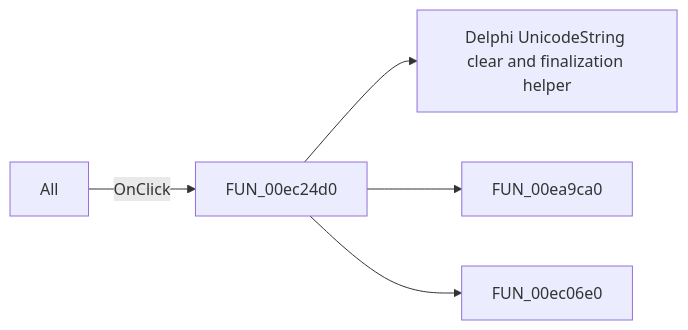
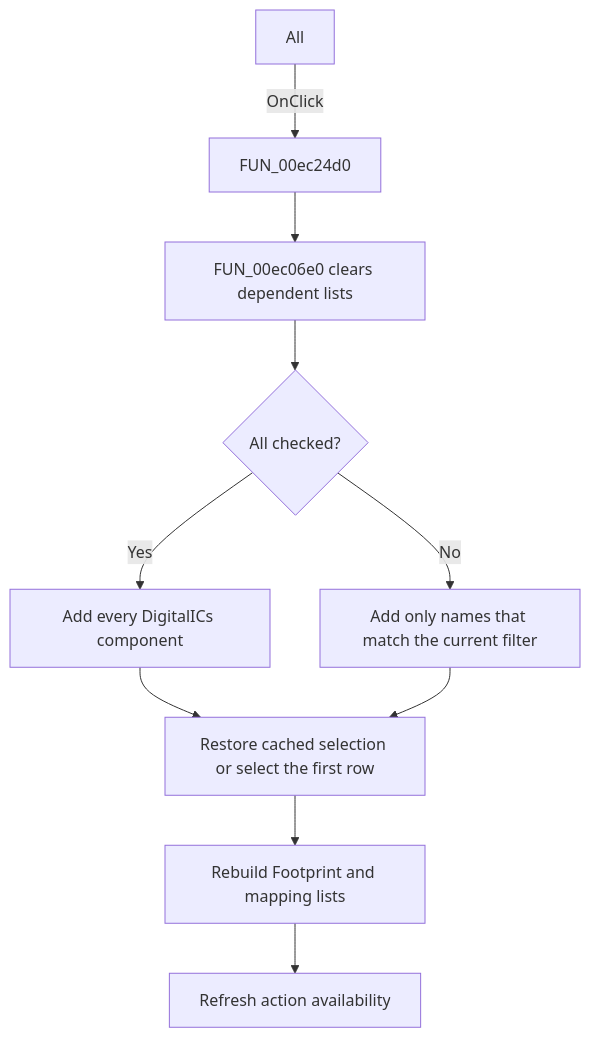
Before and after one commit to MovGP0/TIARA: the diagram in docs/ui-controls/pcbform4/cbxshowallcomp-0a0a2e3e7a.md, drawn with Mermaid. The commit also changed other lines of this file and 1062 other files, not shown here.

````diff
--- a/docs/ui-controls/pcbform4/cbxshowallcomp-0a0a2e3e7a.md
+++ b/docs/ui-controls/pcbform4/cbxshowallcomp-0a0a2e3e7a.md
@@ -27,7 +31,12 @@
 ```mermaid
-flowchart LR
+flowchart TD
     control["All"] -->|OnClick| handler["FUN_00ec24d0"]
-    handler --> call1["Delphi UnicodeString clear and finalization helper"]
-    handler --> call2["FUN_00ea9ca0"]
-    handler --> call3["FUN_00ec06e0"]
+    handler --> rebuild["FUN_00ec06e0 clears dependent lists"]
+    rebuild --> checked{"All checked?"}
+    checked -->|Yes| all["Add every DigitalICs component"]
+    checked -->|No| filter["Add only names that match the current filter"]
+    all --> restore["Restore cached selection or select the first row"]
+    filter --> restore
+    restore --> depend["Rebuild Footprint and mapping lists"]
+    depend --> actions["Refresh action availability"]
 ```
````
